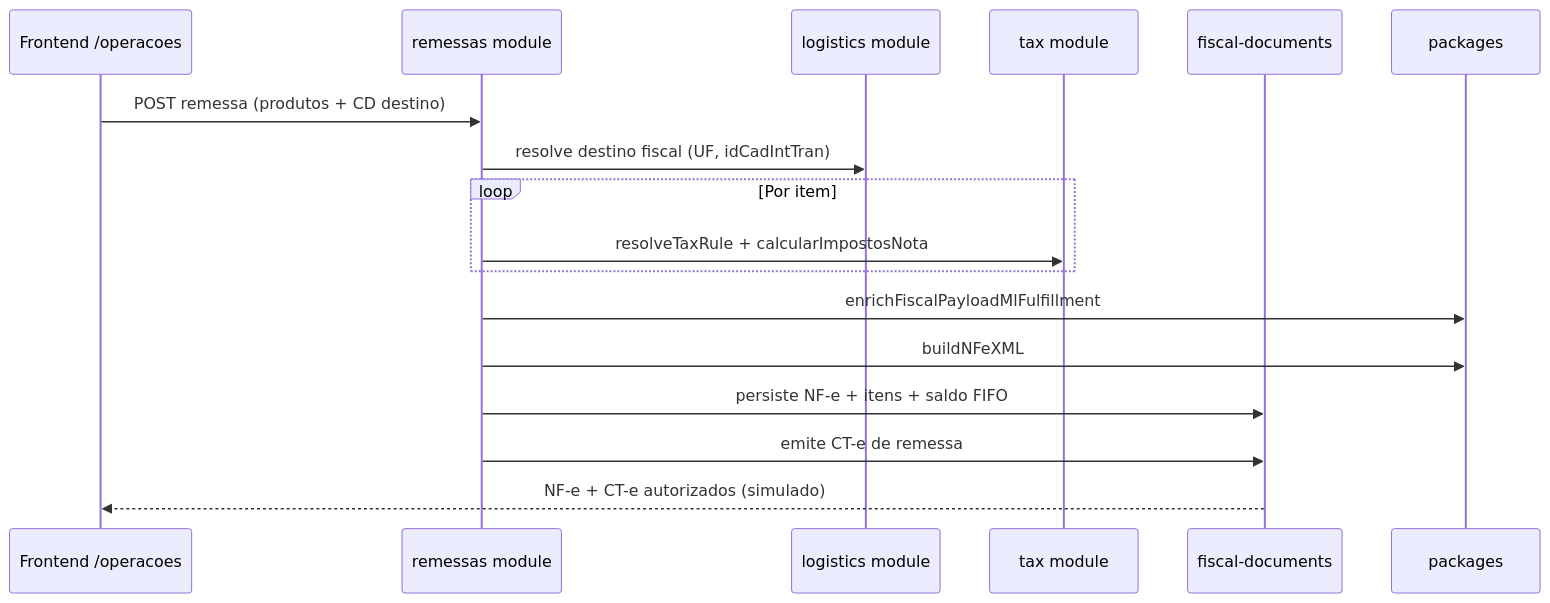
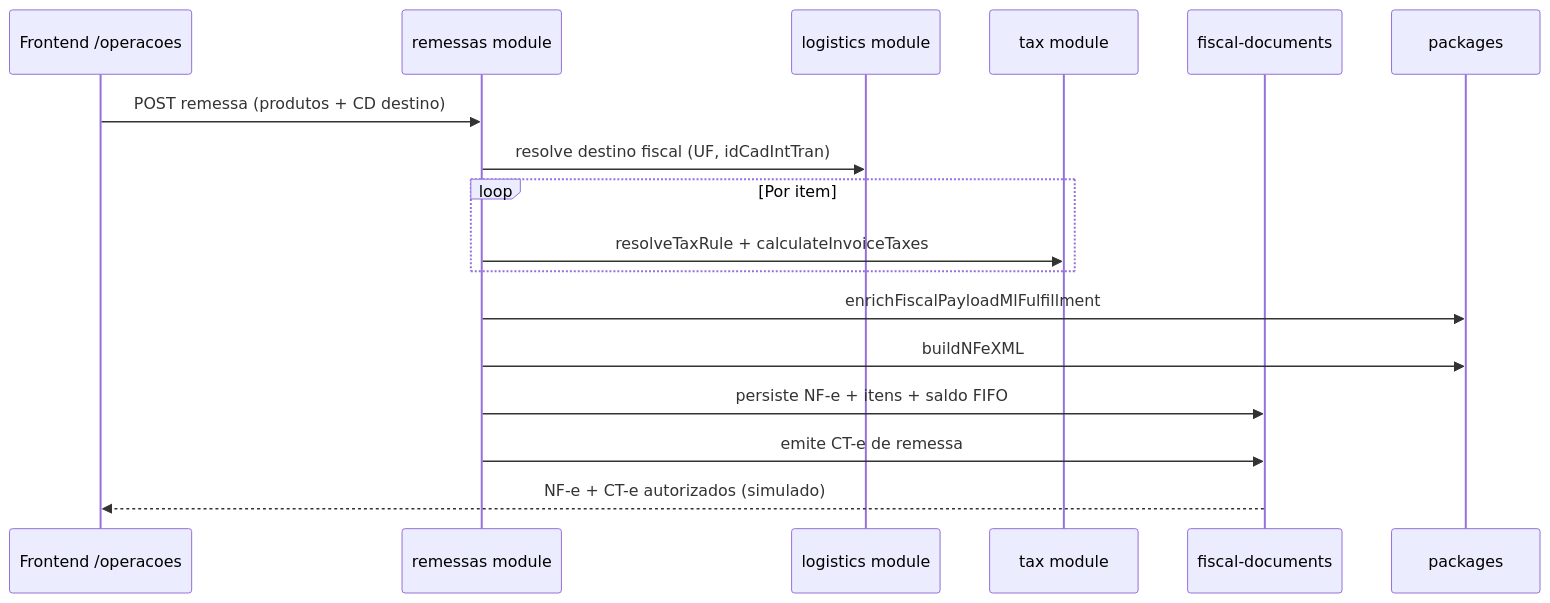
The eighth of 12 diagrams in README.md (Matheus-santos7/MSimulation-XML), drawn with Mermaid before and after one commit. The commit also changed 34 other files, not shown here.

````diff
--- a/README.md
+++ b/README.md
@@ -495,20 +495,20 @@
 ```mermaid
 sequenceDiagram
   participant UI as Frontend /operacoes
   participant R as remessas module
   participant L as logistics module
   participant T as tax module
   participant F as fiscal-documents
   participant P as packages
 
   UI->>R: POST remessa (produtos + CD destino)
   R->>L: resolve destino fiscal (UF, idCadIntTran)
   loop Por item
-    R->>T: resolveTaxRule + calcularImpostosNota
+    R->>T: resolveTaxRule + calculateInvoiceTaxes
   end
   R->>P: enrichFiscalPayloadMlFulfillment
   R->>P: buildNFeXML
   R->>F: persiste NF-e + itens + saldo FIFO
   R->>F: emite CT-e de remessa
   F-->>UI: NF-e + CT-e autorizados (simulado)
 ```
````
